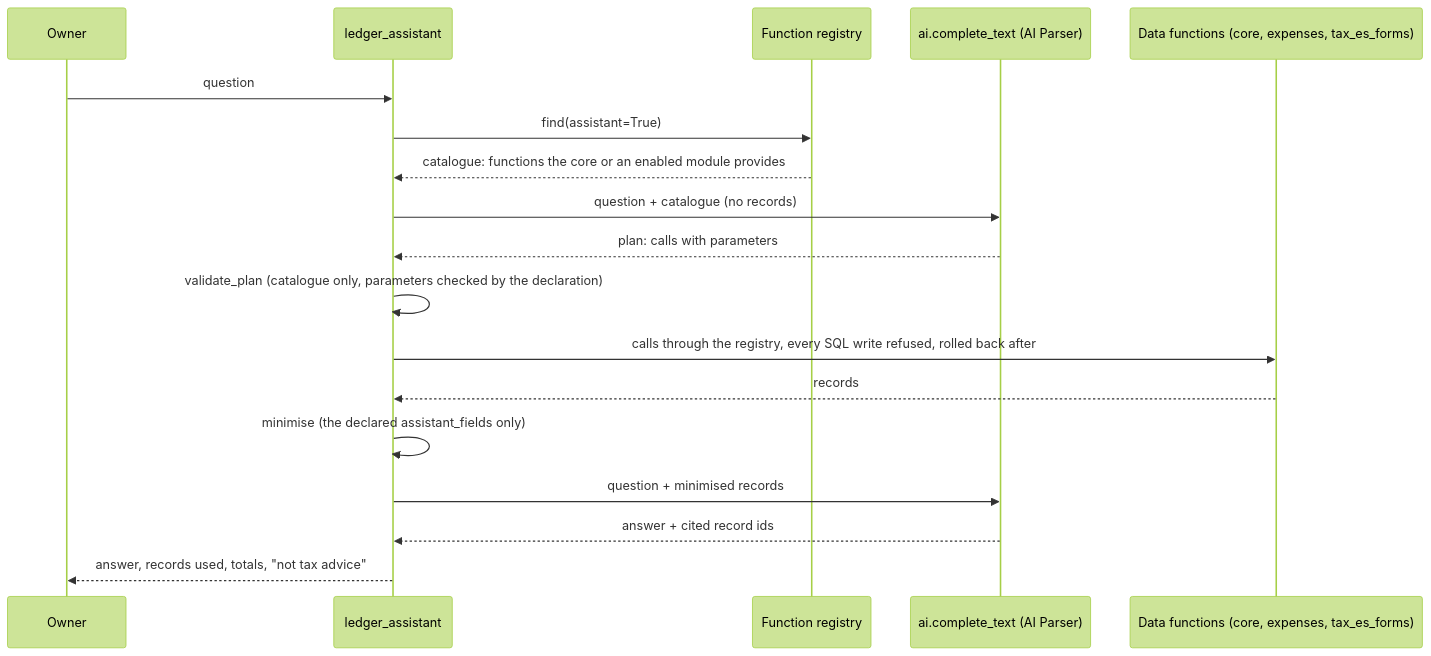
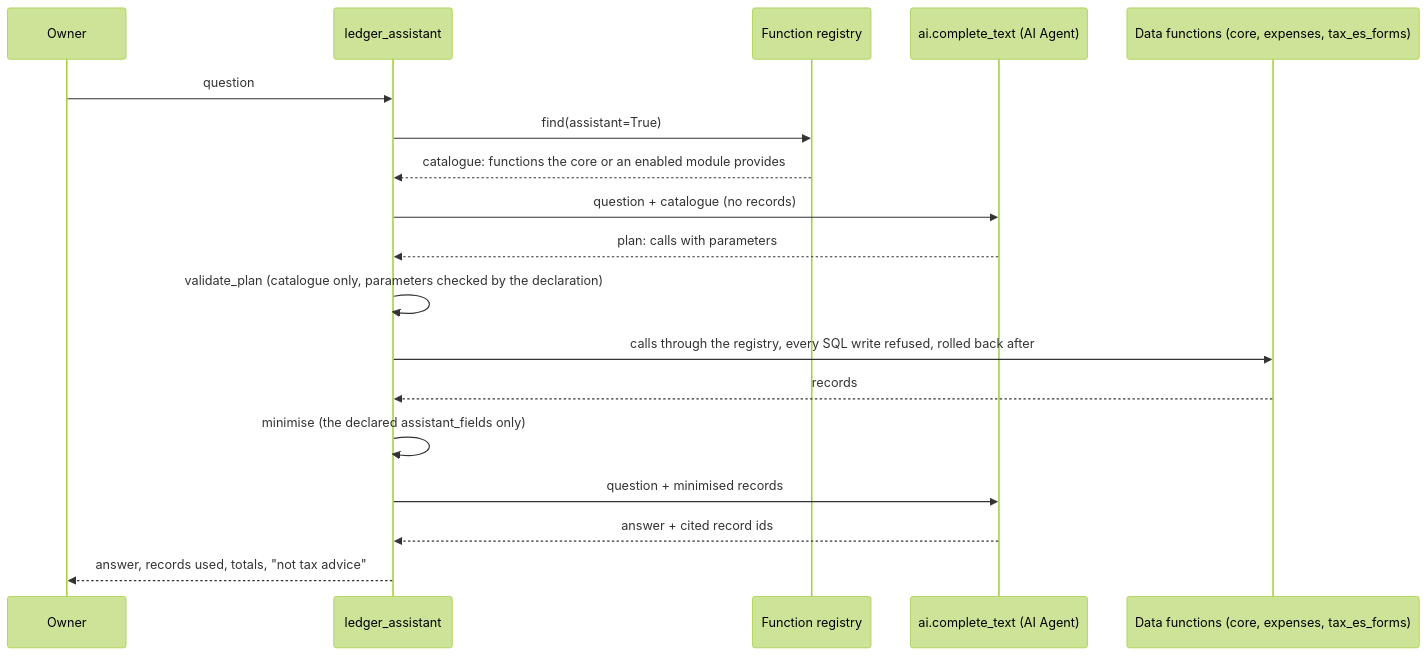
One commit to mborchuk/ContaAutonomo changed the diagram in modules/ledger_assistant/README.md. Above: the diagram before and after it, drawn with Mermaid (forest theme). The commit also changed other lines of this file and 22 other files, not shown here.

````diff
--- a/modules/ledger_assistant/README.md
+++ b/modules/ledger_assistant/README.md
@@ -18,20 +19,20 @@
 ```mermaid
 sequenceDiagram
     participant U as Owner
     participant A as ledger_assistant
     participant R as Function registry
-    participant T as ai.complete_text (AI Parser)
+    participant T as ai.complete_text (AI Agent)
     participant D as Data functions (core, expenses, tax_es_forms)
     U->>A: question
     A->>R: find(assistant=True)
     R-->>A: catalogue: functions the core or an enabled module provides
     A->>T: question + catalogue (no records)
     T-->>A: plan: calls with parameters
     A->>A: validate_plan (catalogue only, parameters checked by the declaration)
     A->>D: calls through the registry, every SQL write refused, rolled back after
     D-->>A: records
     A->>A: minimise (the declared assistant_fields only)
     A->>T: question + minimised records
     T-->>A: answer + cited record ids
     A-->>U: answer, records used, totals, "not tax advice"
 ```
````
